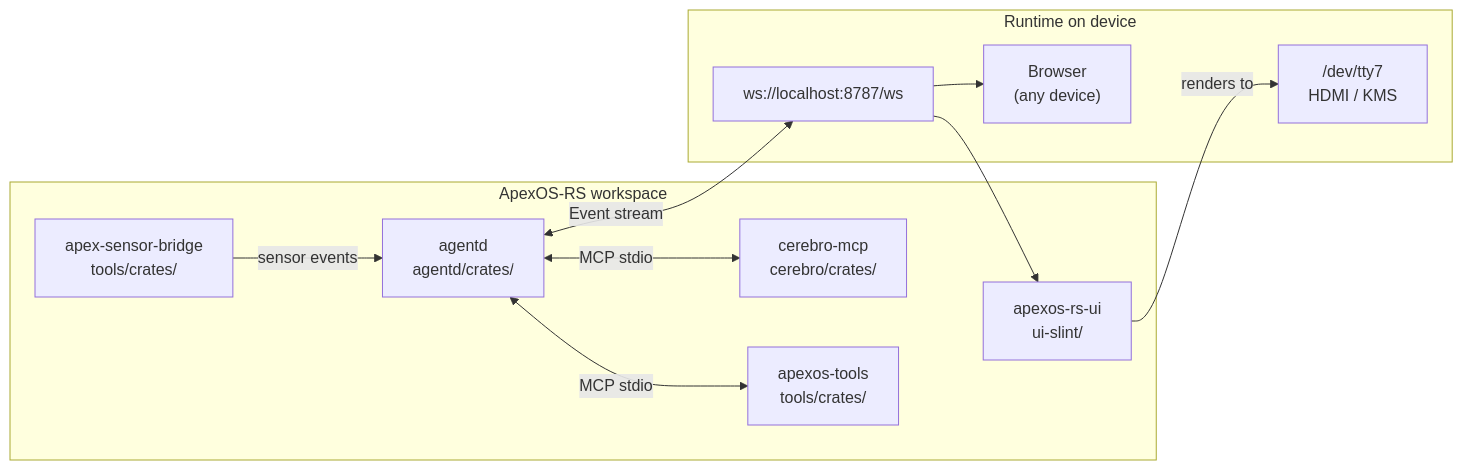
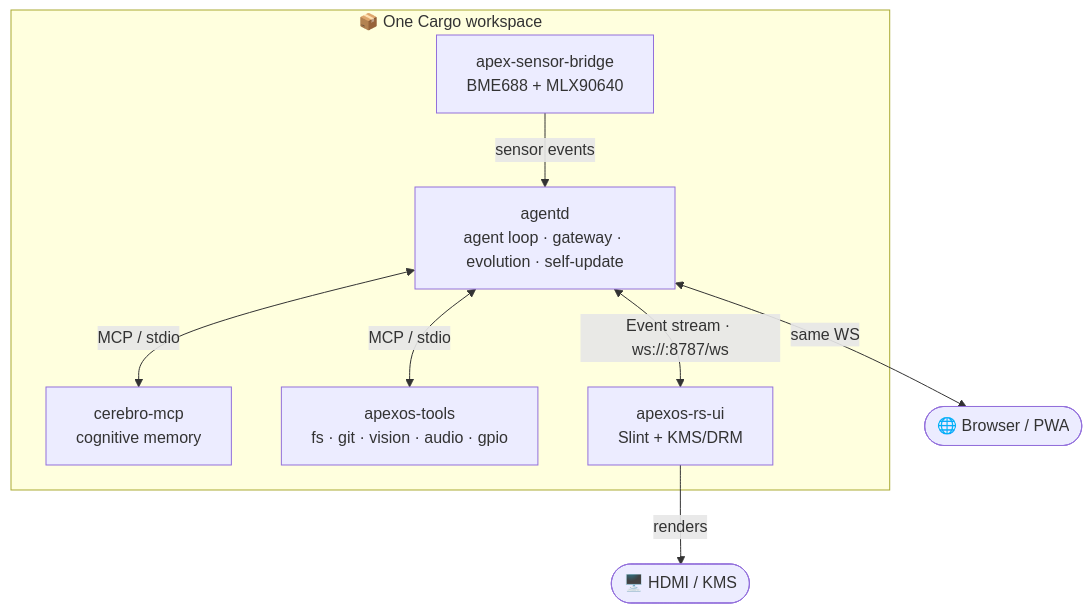
One commit to buckster123/ApexOS-RS changed the fourth of 5 diagrams in README.md. Above: the diagram before and after it, drawn with Mermaid. The commit also changed other lines of this file and 2 other files, not shown here.

First line of the commit message:
docs: README glow-up — layered, visual, self-evolution-forward

````diff
--- a/README.md
+++ b/README.md
@@ -157,24 +149,16 @@
 ```mermaid
-graph LR
-    subgraph Workspace["ApexOS-RS workspace"]
-        agentd["agentd\nagentd/crates/"]
-        cerebro["cerebro-mcp\ncerebro/crates/"]
-        tools["apexos-tools\ntools/crates/"]
-        bridge["apex-sensor-bridge\ntools/crates/"]
-        ui["apexos-rs-ui\nui-slint/"]
+flowchart TB
+    subgraph ws["📦 One Cargo workspace"]
+        agentd["agentd<br/>agent loop · gateway · evolution · self-update"]
+        cerebro["cerebro-mcp<br/>cognitive memory"]
+        tools["apexos-tools<br/>fs · git · vision · audio · gpio"]
+        bridge["apex-sensor-bridge<br/>BME688 + MLX90640"]
+        ui["apexos-rs-ui<br/>Slint + KMS/DRM"]
     end
-
-    subgraph Runtime["Runtime on device"]
-        WS["ws://localhost:8787/ws"]
-        HDMI["/dev/tty7\nHDMI / KMS"]
-        Browser["Browser\n(any device)"]
-    end
-
-    agentd <-->|MCP stdio| cerebro
-    agentd <-->|MCP stdio| tools
+    agentd <-->|MCP / stdio| cerebro
+    agentd <-->|MCP / stdio| tools
     bridge -->|sensor events| agentd
-    agentd <-->|Event stream| WS
-    WS --> ui
-    WS --> Browser
-    ui -->|renders to| HDMI
+    agentd <-->|"Event stream · ws://:8787/ws"| ui
+    agentd <-->|same WS| browser([🌐 Browser / PWA])
+    ui -->|renders| display([🖥️ HDMI / KMS])
 ```
````
